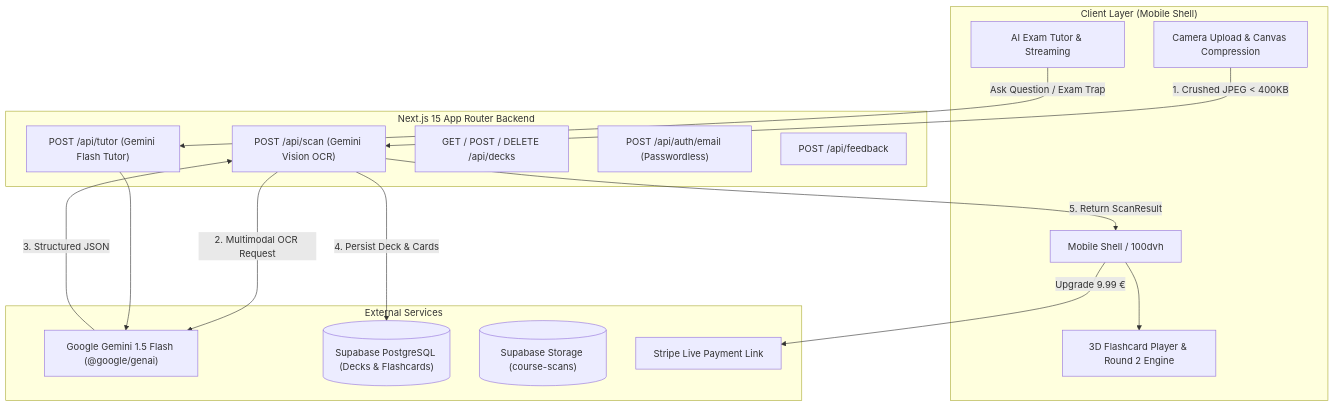
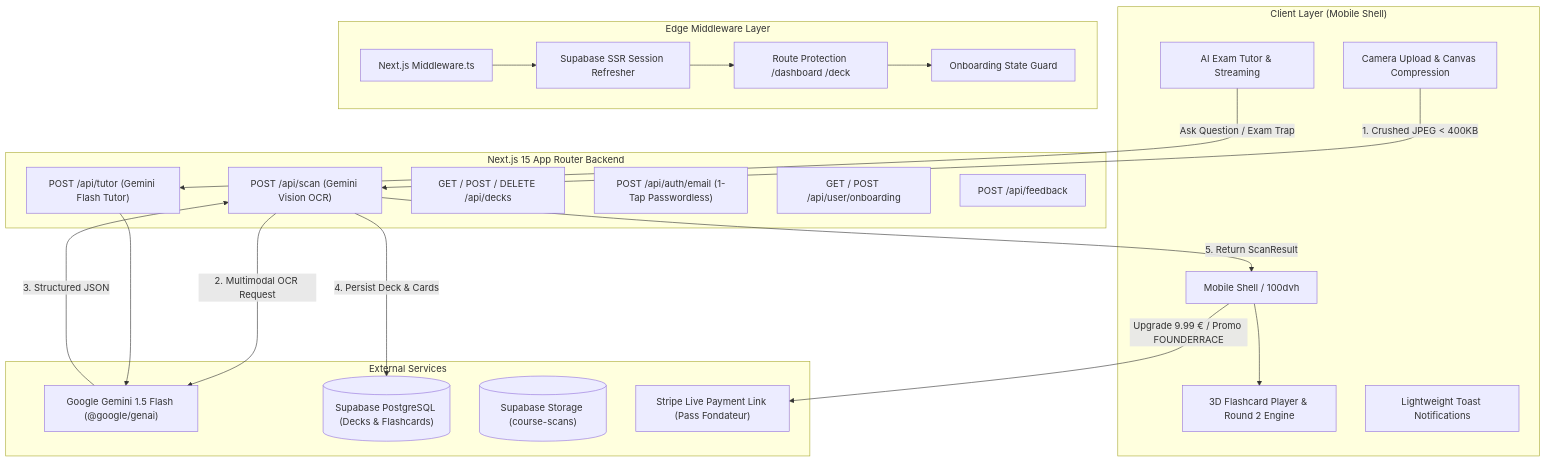
One commit to juliennoel22/locked-fouder-race changed the diagram in ARCHITECTURE.md. Above: the diagram before and after it, drawn with Mermaid. The commit also changed other lines of this file and 56 other files, not shown here.

Commit message:
feat: complete MVP with pitch video, testimonials, middleware security, and updated docs

````diff
--- a/ARCHITECTURE.md
+++ b/ARCHITECTURE.md
@@ -11,34 +11,44 @@
 ```mermaid
 flowchart TD
     subgraph Client ["Client Layer (Mobile Shell)"]
         UI[Mobile Shell / 100dvh]
         Cam[Camera Upload & Canvas Compression]
         Cards[3D Flashcard Player & Round 2 Engine]
         TutorUI[AI Exam Tutor & Streaming]
+        Toaster[Lightweight Toast Notifications]
+    end
+
+    subgraph Security ["Edge Middleware Layer"]
+        MW[Next.js Middleware.ts]
+        SessionCheck[Supabase SSR Session Refresher]
+        RouteGuard[Route Protection /dashboard /deck]
+        OnboardGuard[Onboarding State Guard]
     end
 
     subgraph API ["Next.js 15 App Router Backend"]
         ScanRoute["POST /api/scan (Gemini Vision OCR)"]
         TutorRoute["POST /api/tutor (Gemini Flash Tutor)"]
         DecksRoute["GET / POST / DELETE /api/decks"]
-        AuthRoute["POST /api/auth/email (Passwordless)"]
+        AuthRoute["POST /api/auth/email (1-Tap Passwordless)"]
+        OnboardRoute["GET / POST /api/user/onboarding"]
         FeedbackRoute["POST /api/feedback"]
     end
 
     subgraph External ["External Services"]
         Gemini["Google Gemini 1.5 Flash (@google/genai)"]
         SupabaseDB[("Supabase PostgreSQL (Decks & Flashcards)")]
         SupabaseStorage[("Supabase Storage (course-scans)")]
-        Stripe["Stripe Live Payment Link"]
+        Stripe["Stripe Live Payment Link (Pass Fondateur)"]
     end
 
+    MW --> SessionCheck --> RouteGuard --> OnboardGuard
     Cam -->|1. Crushed JPEG < 400KB| ScanRoute
     ScanRoute -->|2. Multimodal OCR Request| Gemini
     Gemini -->|3. Structured JSON| ScanRoute
     ScanRoute -->|4. Persist Deck & Cards| SupabaseDB
     ScanRoute -->|5. Return ScanResult| UI
     UI --> Cards
     TutorUI -->|Ask Question / Exam Trap| TutorRoute
     TutorRoute --> Gemini
-    UI -->|Upgrade 9.99 €| Stripe
+    UI -->|Upgrade 9.99 € / Promo FOUNDERRACE| Stripe
 ```
````
